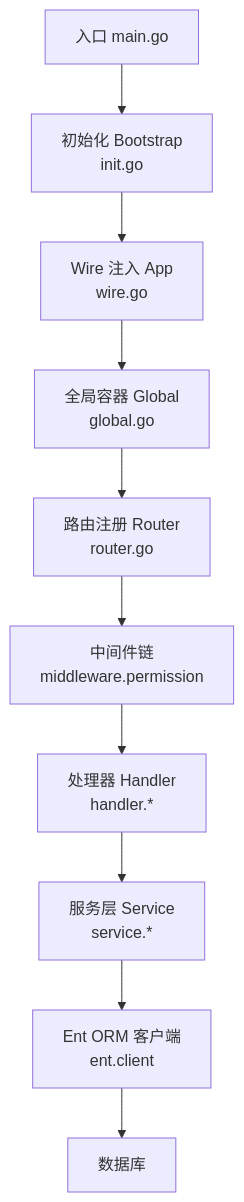
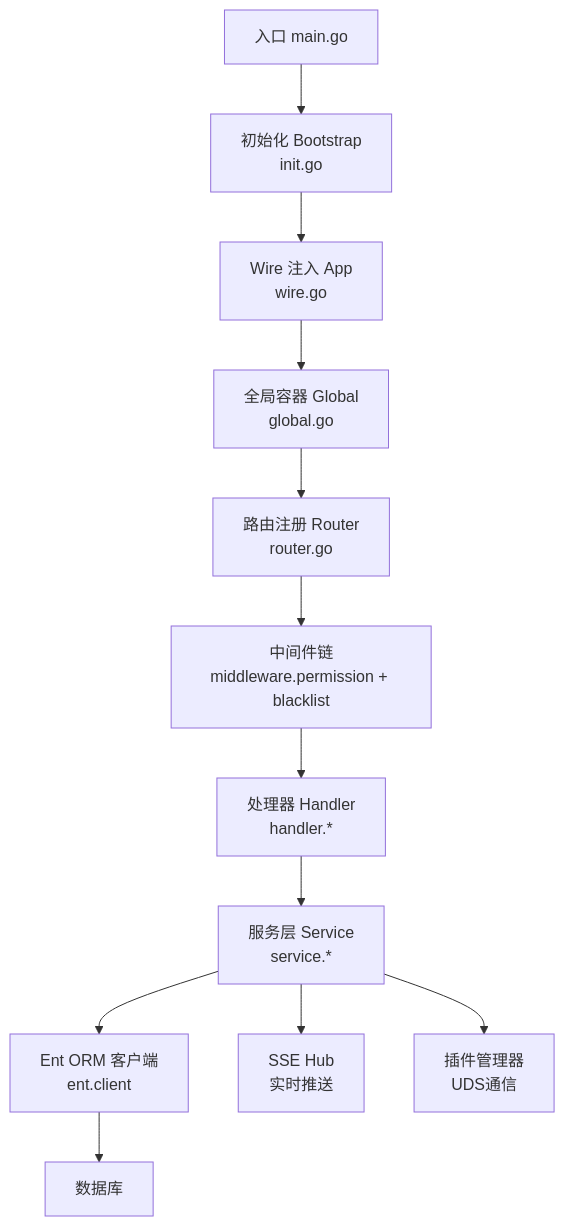
The second of 7 diagrams in .qoder/repowiki/zh/content/架构设计/整体架构模式.md (wuwuseo/e-sports-go-admin), drawn with Mermaid before and after one commit. The commit also changed other lines of this file and 42 other files, not shown here.

````diff
--- a/.qoder/repowiki/zh/content/架构设计/整体架构模式.md
+++ b/.qoder/repowiki/zh/content/架构设计/整体架构模式.md
@@ -124,12 +146,14 @@
 ```mermaid
 graph TB
 A["入口 main.go"] --> B["初始化 Bootstrap<br/>init.go"]
 B --> C["Wire 注入 App<br/>wire.go"]
 C --> D["全局容器 Global<br/>global.go"]
 D --> E["路由注册 Router<br/>router.go"]
-E --> F["中间件链<br/>middleware.permission"]
+E --> F["中间件链<br/>middleware.permission + blacklist"]
 F --> G["处理器 Handler<br/>handler.*"]
 G --> H["服务层 Service<br/>service.*"]
 H --> I["Ent ORM 客户端<br/>ent.client"]
 I --> J["数据库"]
+H --> K["SSE Hub<br/>实时推送"]
+H --> L["插件管理器<br/>UDS通信"]
 ```
````
